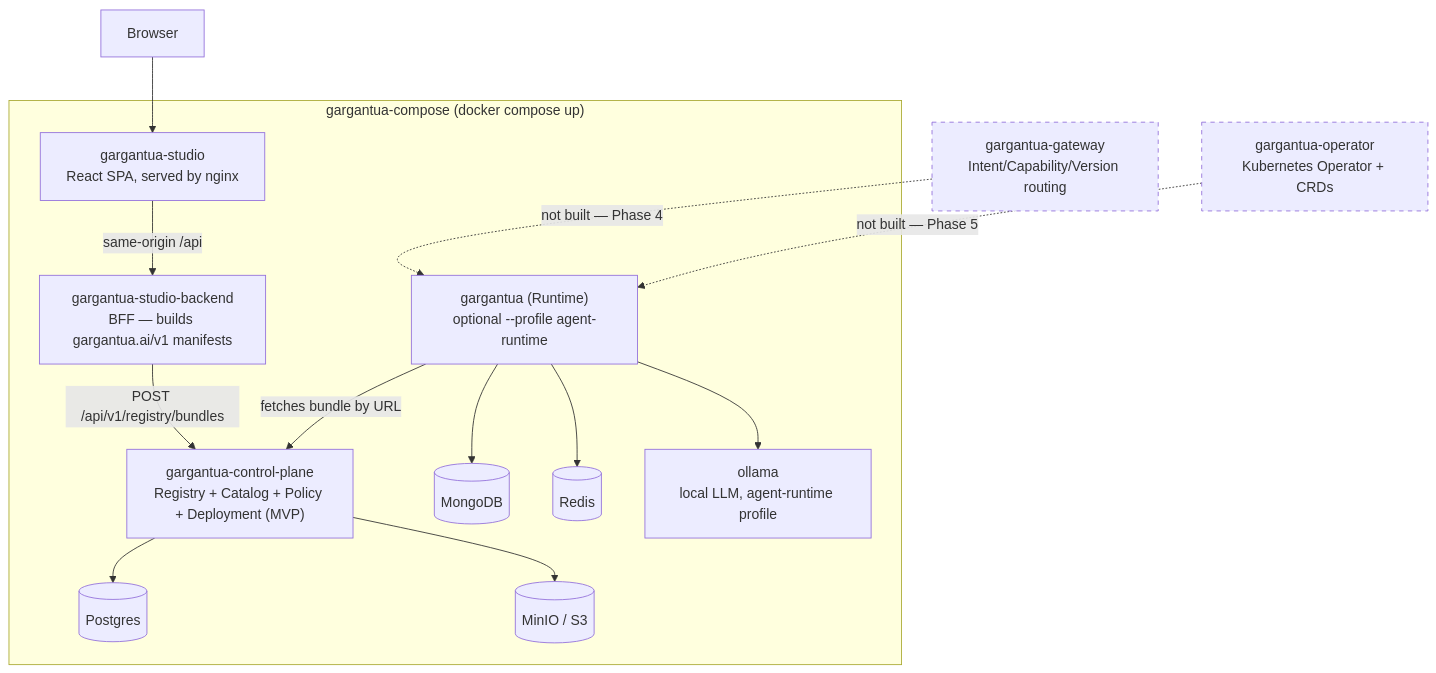
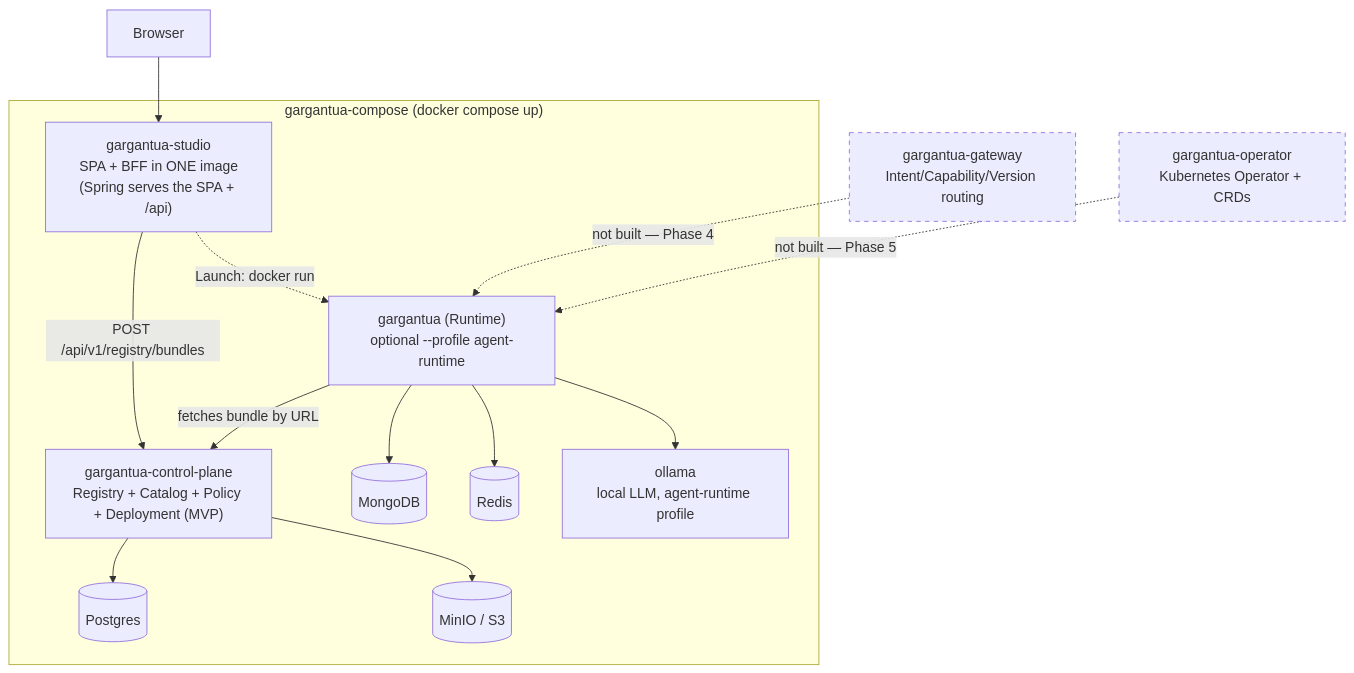
The first of 2 diagrams in docs/architecture/platform-handoff.md (GiskardB/gargantua), drawn with Mermaid before and after one commit. The commit also changed other lines of this file, not shown here.

First line of the commit message:
docs: Studio is now one repo/image (SPA+BFF merged)

````diff
--- a/docs/architecture/platform-handoff.md
+++ b/docs/architecture/platform-handoff.md
@@ -83,34 +83,33 @@
 ```mermaid
 graph TD
     Browser[Browser]
 
     subgraph Compose["gargantua-compose (docker compose up)"]
-        Studio["gargantua-studio<br/>React SPA, served by nginx"]
-        Backend["gargantua-studio-backend<br/>BFF — builds gargantua.ai/v1 manifests"]
+        Studio["gargantua-studio<br/>SPA + BFF in ONE image<br/>(Spring serves the SPA + /api)"]
         CP["gargantua-control-plane<br/>Registry + Catalog + Policy + Deployment (MVP)"]
         Runtime["gargantua (Runtime)<br/>optional --profile agent-runtime"]
         PG[(Postgres)]
         Mongo[(MongoDB)]
         Redis[(Redis)]
         MinIO[(MinIO / S3)]
         Ollama["ollama<br/>local LLM, agent-runtime profile"]
     end
 
     Gateway["gargantua-gateway<br/>Intent/Capability/Version routing"]
     Operator["gargantua-operator<br/>Kubernetes Operator + CRDs"]
 
     Browser --> Studio
-    Studio -->|same-origin /api| Backend
-    Backend -->|POST /api/v1/registry/bundles| CP
+    Studio -->|POST /api/v1/registry/bundles| CP
+    Studio -.->|Launch: docker run| Runtime
     CP --> PG
     CP --> MinIO
     Runtime -->|fetches bundle by URL| CP
     Runtime --> Mongo
     Runtime --> Redis
     Runtime --> Ollama
     Gateway -.->|not built — Phase 4| Runtime
     Operator -.->|not built — Phase 5| Runtime
 
     style Gateway stroke-dasharray: 5 5
     style Operator stroke-dasharray: 5 5
 ```
````
